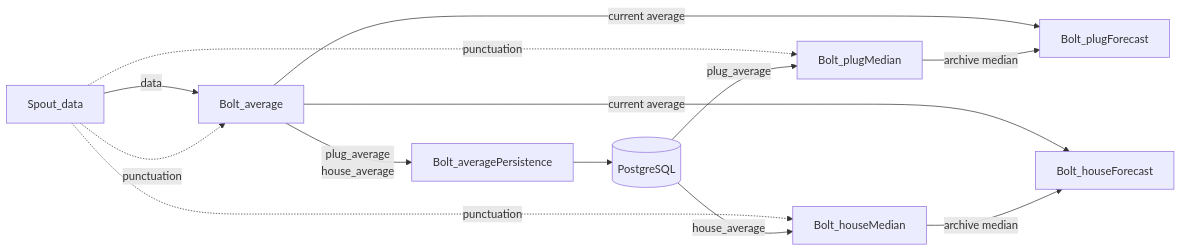
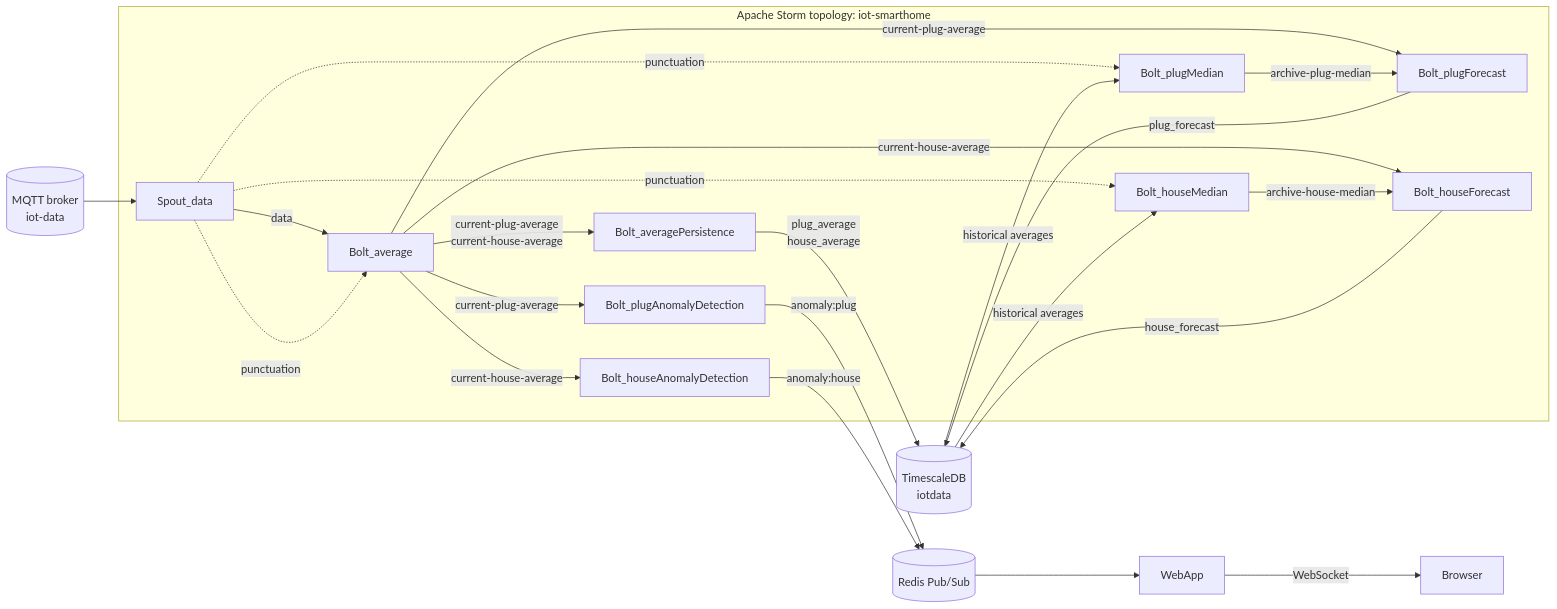
Before and after one commit to TuannHunggZ/stormsmarthome-plus: the diagram in README.md, drawn with Mermaid. The commit also changed other lines of this file and 1 other file, not shown here.

````diff
--- a/README.md
+++ b/README.md
@@ -9,39 +9,33 @@
 ```mermaid
 flowchart LR
+    MQTT[(MQTT broker<br/>iot-data)] --> S[Spout_data]
 
-    S[Spout_data]
+    subgraph STORM[Apache Storm topology: iot-smarthome]
+        S -->|data| A[Bolt_average]
+        S -.->|punctuation| A
 
-    A[Bolt_average]
+        A -->|current-plug-average<br/>current-house-average| P[Bolt_averagePersistence]
+        A -->|current-plug-average| PA[Bolt_plugAnomalyDetection]
+        A -->|current-house-average| HA[Bolt_houseAnomalyDetection]
 
-    P[Bolt_averagePersistence]
+        S -.->|punctuation| PM[Bolt_plugMedian]
+        S -.->|punctuation| HM[Bolt_houseMedian]
 
-    DB[(PostgreSQL)]
+        A -->|current-plug-average| PF[Bolt_plugForecast]
+        PM -->|archive-plug-median| PF
+        A -->|current-house-average| HF[Bolt_houseForecast]
+        HM -->|archive-house-median| HF
+    end
 
-    PM[Bolt_plugMedian]
-    HM[Bolt_houseMedian]
+    DB[(TimescaleDB<br/>iotdata)]
+    P -->|plug_average<br/>house_average| DB
+    DB -->|historical averages| PM
+    DB -->|historical averages| HM
+    PF -->|plug_forecast| DB
+    HF -->|house_forecast| DB
 
-    PF[Bolt_plugForecast]
-    HF[Bolt_houseForecast]
-
-    %% Online processing
-    S -- data --> A
-    S -. punctuation .-> A
-
-    %% Persistence
-    A -->|plug_average<br/>house_average| P
-    P --> DB
-
-    %% Archive median
-    S -. punctuation .-> PM
-    S -. punctuation .-> HM
-
-    DB -->|plug_average| PM
-    DB -->|house_average| HM
-
-    %% Forecast
-    A -->|current average| PF
-    PM -->|archive median| PF
-
-    A -->|current average| HF
-    HM -->|archive median| HF
+    PA -->|anomaly:plug| R[(Redis Pub/Sub)]
+    HA -->|anomaly:house| R
+    R --> W[WebApp]
+    W -->|WebSocket| UI[Browser]
 ```
````
